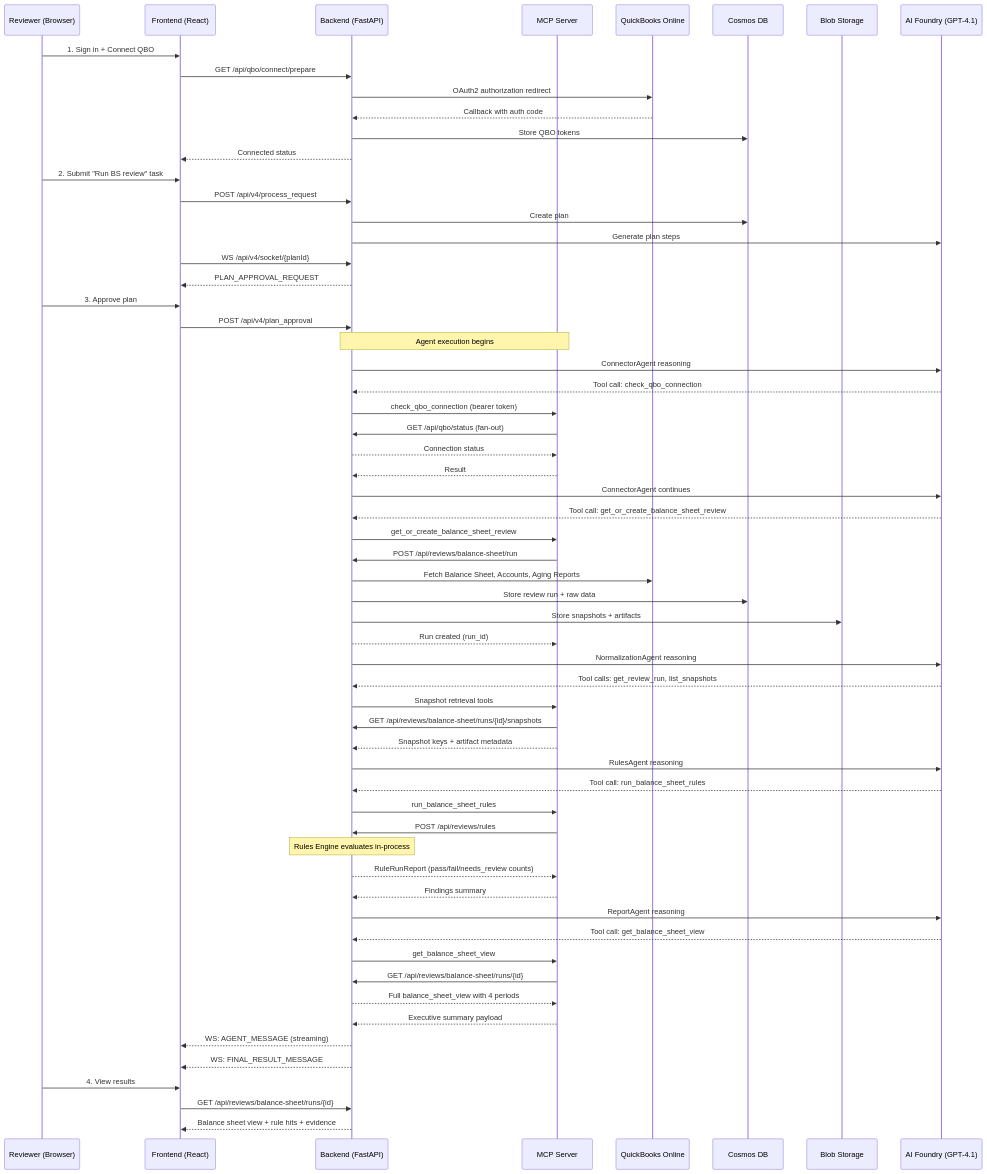
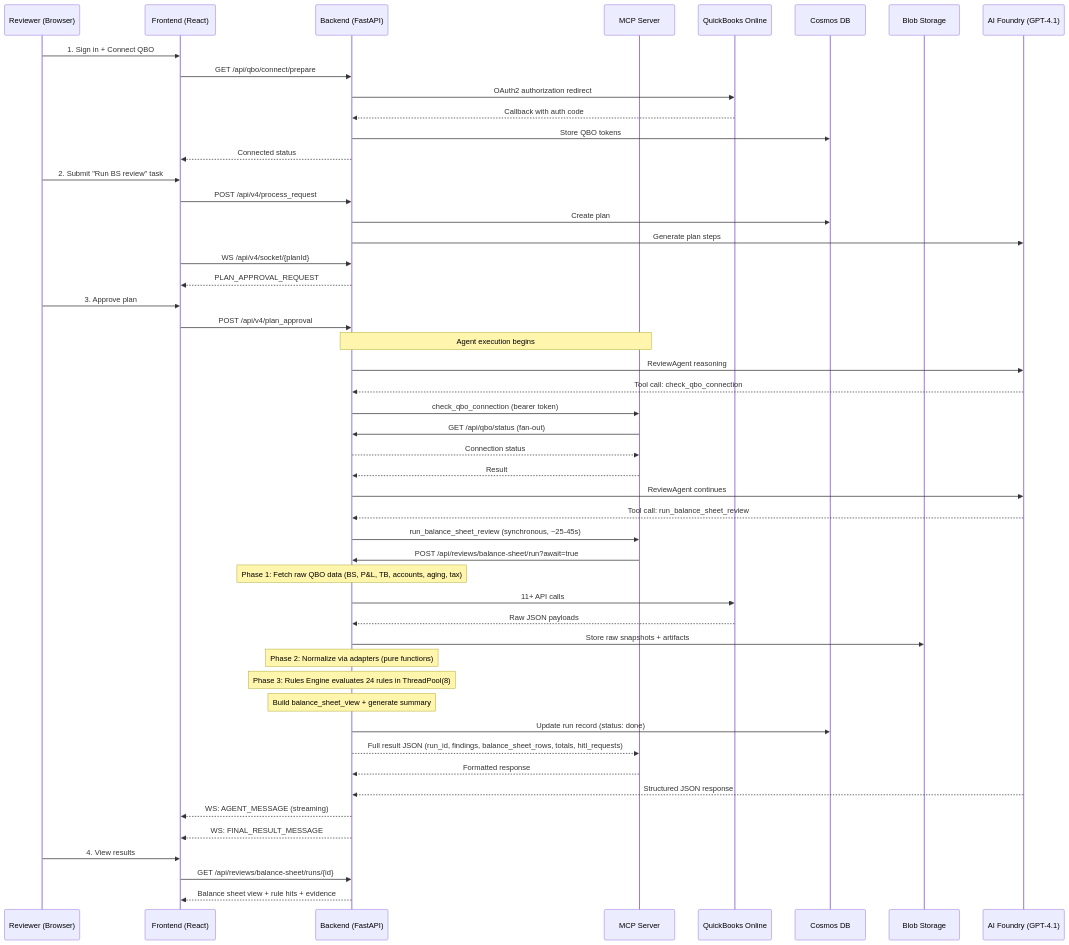
The diagram in docs/mer/data-flow.md (rayzelltj/mer-review-agent), drawn with Mermaid before and after one commit. The commit also changed other lines of this file and 17 other files, not shown here.

````diff
--- a/docs/mer/data-flow.md
+++ b/docs/mer/data-flow.md
@@ -16,74 +16,60 @@
 ```mermaid
 sequenceDiagram
     participant U as Reviewer (Browser)
     participant FE as Frontend (React)
     participant BE as Backend (FastAPI)
     participant MCP as MCP Server
     participant QBO as QuickBooks Online
     participant Cosmos as Cosmos DB
     participant Blob as Blob Storage
     participant AI as AI Foundry (GPT-4.1)
 
     U->>FE: 1. Sign in + Connect QBO
     FE->>BE: GET /api/qbo/connect/prepare
     BE->>QBO: OAuth2 authorization redirect
     QBO-->>BE: Callback with auth code
     BE->>Cosmos: Store QBO tokens
     BE-->>FE: Connected status
 
     U->>FE: 2. Submit "Run BS review" task
     FE->>BE: POST /api/v4/process_request
     BE->>Cosmos: Create plan
     BE->>AI: Generate plan steps
     FE->>BE: WS /api/v4/socket/{planId}
     BE-->>FE: PLAN_APPROVAL_REQUEST
 
     U->>FE: 3. Approve plan
     FE->>BE: POST /api/v4/plan_approval
 
     Note over BE,MCP: Agent execution begins
 
-    BE->>AI: ConnectorAgent reasoning
+    BE->>AI: ReviewAgent reasoning
     AI-->>BE: Tool call: check_qbo_connection
     BE->>MCP: check_qbo_connection (bearer token)
     MCP->>BE: GET /api/qbo/status (fan-out)
     BE-->>MCP: Connection status
     MCP-->>BE: Result
 
-    BE->>AI: ConnectorAgent continues
-    AI-->>BE: Tool call: get_or_create_balance_sheet_review
-    BE->>MCP: get_or_create_balance_sheet_review
-    MCP->>BE: POST /api/reviews/balance-sheet/run
-    BE->>QBO: Fetch Balance Sheet, Accounts, Aging Reports
-    BE->>Cosmos: Store review run + raw data
-    BE->>Blob: Store snapshots + artifacts
-    BE-->>MCP: Run created (run_id)
-
-    BE->>AI: NormalizationAgent reasoning
-    AI-->>BE: Tool calls: get_review_run, list_snapshots
-    BE->>MCP: Snapshot retrieval tools
-    MCP->>BE: GET /api/reviews/balance-sheet/runs/{id}/snapshots
-    MCP-->>BE: Snapshot keys + artifact metadata
-
-    BE->>AI: RulesAgent reasoning
-    AI-->>BE: Tool call: run_balance_sheet_rules
-    BE->>MCP: run_balance_sheet_rules
-    MCP->>BE: POST /api/reviews/rules
-    Note over BE: Rules Engine evaluates in-process
-    BE-->>MCP: RuleRunReport (pass/fail/needs_review counts)
-    MCP-->>BE: Findings summary
-
-    BE->>AI: ReportAgent reasoning
-    AI-->>BE: Tool call: get_balance_sheet_view
-    BE->>MCP: get_balance_sheet_view
-    MCP->>BE: GET /api/reviews/balance-sheet/runs/{id}
-    BE-->>MCP: Full balance_sheet_view with 4 periods
-    MCP-->>BE: Executive summary payload
+    BE->>AI: ReviewAgent continues
+    AI-->>BE: Tool call: run_balance_sheet_review
+    BE->>MCP: run_balance_sheet_review (synchronous, ~25-45s)
+    MCP->>BE: POST /api/reviews/balance-sheet/run?await=true
+    Note over BE: Phase 1: Fetch raw QBO data (BS, P&L, TB, accounts, aging, tax)
+    BE->>QBO: 11+ API calls
+    QBO-->>BE: Raw JSON payloads
+    BE->>Blob: Store raw snapshots + artifacts
+    Note over BE: Phase 2: Normalize via adapters (pure functions)
+    Note over BE: Phase 3: Rules Engine evaluates 24 rules in ThreadPool(8)
+    Note over BE: Build balance_sheet_view + generate summary
+    BE->>Cosmos: Update run record (status: done)
+    BE-->>MCP: Full result JSON (run_id, findings, balance_sheet_rows, totals, hitl_requests)
+    MCP-->>BE: Formatted response
+    AI-->>BE: Structured JSON response
 
     BE-->>FE: WS: AGENT_MESSAGE (streaming)
     BE-->>FE: WS: FINAL_RESULT_MESSAGE
 
     U->>FE: 4. View results
     FE->>BE: GET /api/reviews/balance-sheet/runs/{id}
     BE-->>FE: Balance sheet view + rule hits + evidence
 ```
````
